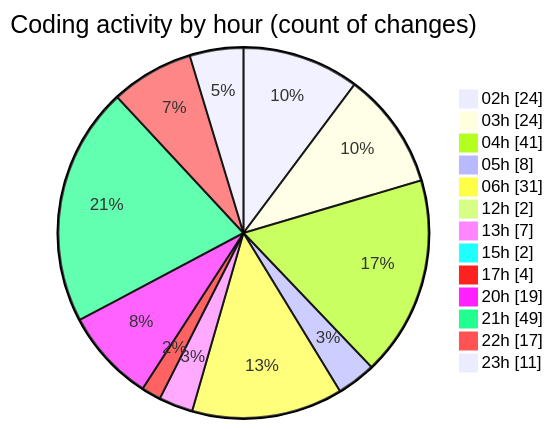
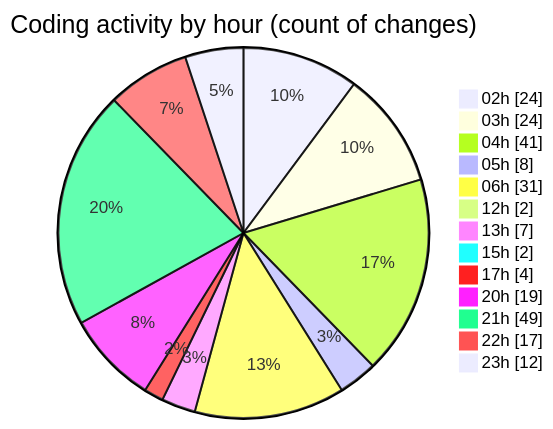
The second of 2 diagrams in 2025-07-23/quanlyrapchieuphim/README.md (lephambinh05/code-tracking), drawn with Mermaid before and after one commit. The commit also changed other lines of this file and 1 other file, not shown here.

````diff
--- a/2025-07-23/quanlyrapchieuphim/README.md
+++ b/2025-07-23/quanlyrapchieuphim/README.md
@@ -46,17 +46,17 @@
 ```mermaid
 pie showData
 title Coding activity by hour (count of changes)
 "02h" : 24
 "03h" : 24
 "04h" : 41
 "05h" : 8
 "06h" : 31
 "12h" : 2
 "13h" : 7
 "15h" : 2
 "17h" : 4
 "20h" : 19
 "21h" : 49
 "22h" : 17
-"23h" : 11
+"23h" : 12
 ```
````
